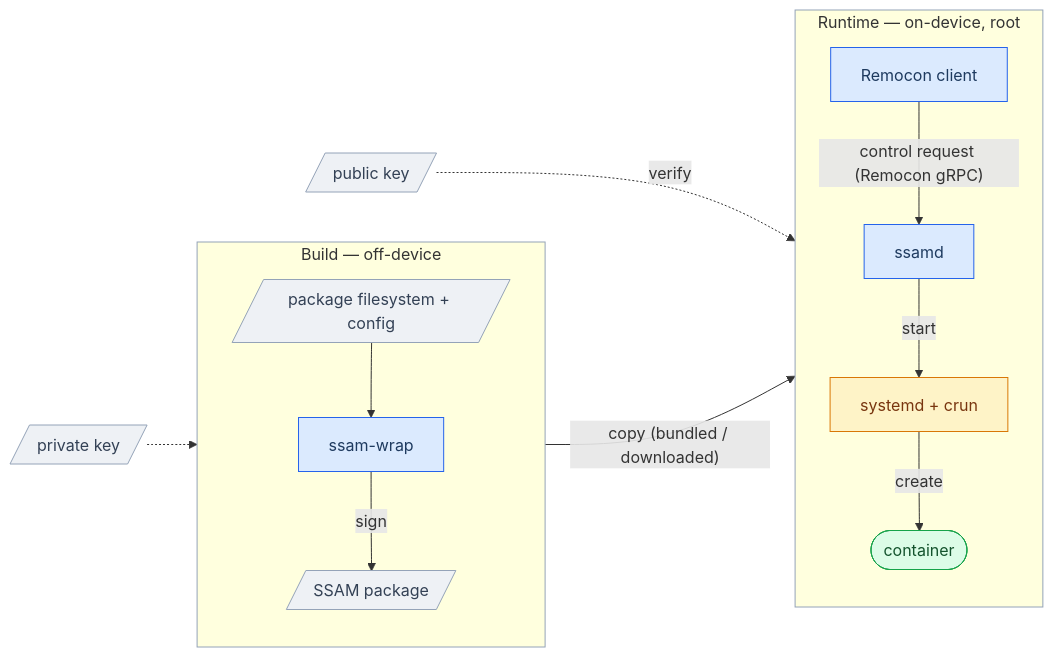
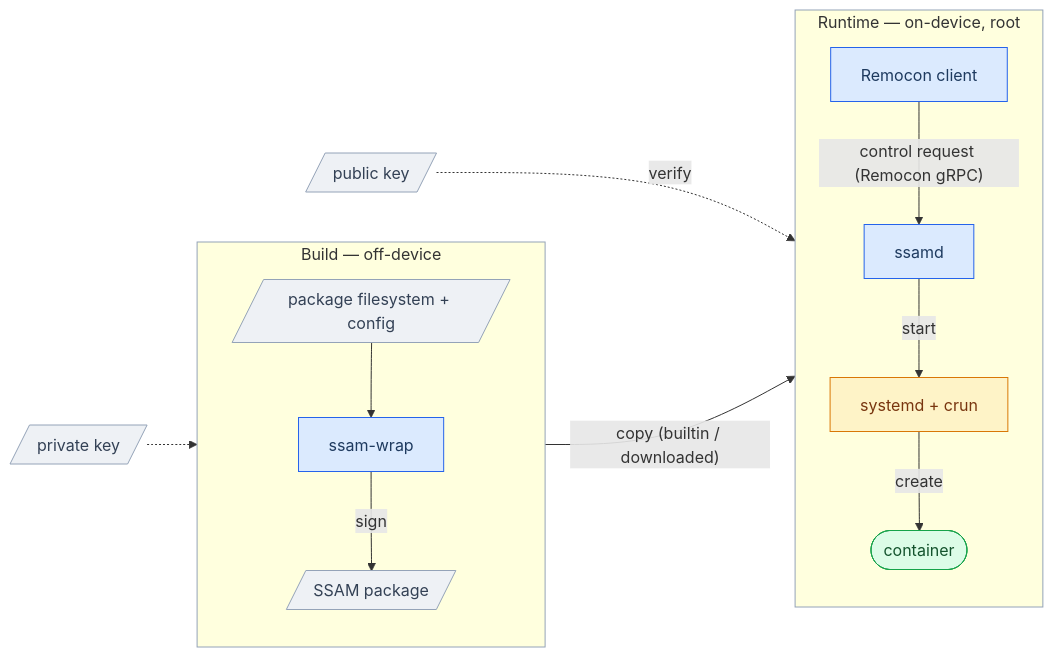
Before and after one commit to mobis-oss/ssam: the diagram in docs/architecture/overview.md, drawn with Mermaid. The commit also changed other lines of this file and 46 other files, not shown here.

````diff
--- a/docs/architecture/overview.md
+++ b/docs/architecture/overview.md
@@ -44,28 +44,28 @@
 ```mermaid
 flowchart LR
   subgraph B["Build — off-device"]
     direction TB
     A[/"package filesystem + config"/] --> W["ssam-wrap"]
     W -->|"sign"| P[/"SSAM package"/]
   end
   subgraph R["Runtime — on-device, root"]
     direction TB
     C["Remocon client"] -->|"control request (Remocon gRPC)"| D["ssamd"]
     D -->|"start"| S["systemd + crun"]
     S -->|"create"| CT(["container"])
   end
-  P -->|"copy (bundled / downloaded)"| D
+  P -->|"copy (builtin / downloaded)"| D
   KP[/"private key"/] -.-> W
   K[/"public key"/] -.->|"verify"| D
 
   classDef actor fill:#dbeafe,stroke:#2563eb,color:#1e3a5f;
   classDef data fill:#eef1f5,stroke:#94a3b8,color:#334155;
   classDef ext fill:#fef3c7,stroke:#d97706,color:#78350f;
   classDef result fill:#dcfce7,stroke:#16a34a,color:#14532d;
   class W,D,C actor;
   class S ext;
   class A,P,KP,K data;
   class CT result;
   style B stroke:#94a3b8
   style R stroke:#94a3b8
 ```
````
